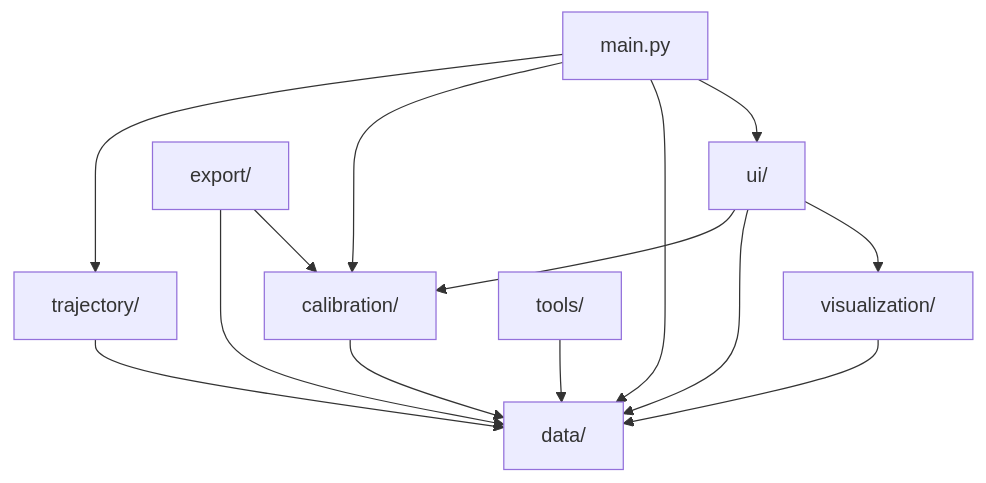
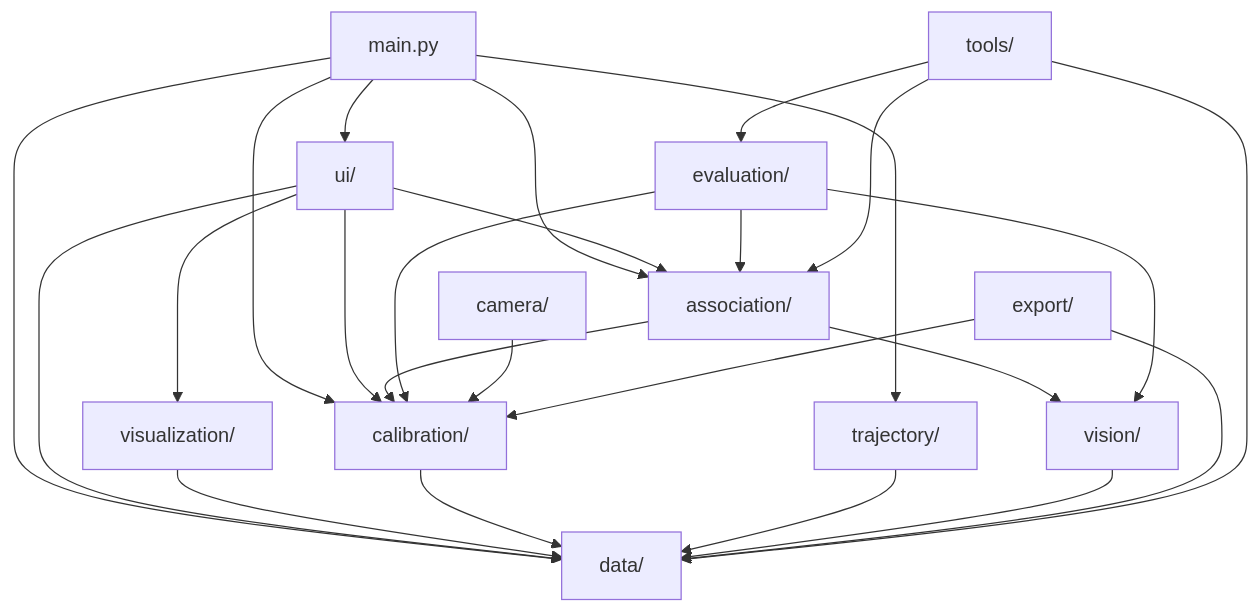
The diagram in README.md (caiusy/RadarCamCalib), drawn with Mermaid before and after one commit. The commit also changed other lines of this file and 34 other files, not shown here.

First line of the commit message:
feat: add radar-vision association, camera model, evaluation, and vision detection modules

````diff
--- a/README.md
+++ b/README.md
@@ -127,16 +180,27 @@
 ```mermaid
 graph TD
     A[main.py] --> B[ui/]
     A --> C[data/]
     A --> D[calibration/]
     A --> E[trajectory/]
+    A --> K[association/]
     B --> F[visualization/]
     B --> C
     B --> D
+    B --> K
     F --> C
     D --> C
     E --> C
+    K --> D
+    K --> L[vision/]
+    L --> C
+    M[evaluation/] --> K
+    M --> L
+    M --> D
+    N[camera/] --> D
     G[export/] --> D
     G --> C
     H[tools/] --> C
+    H --> K
+    H --> M
 ```
````
